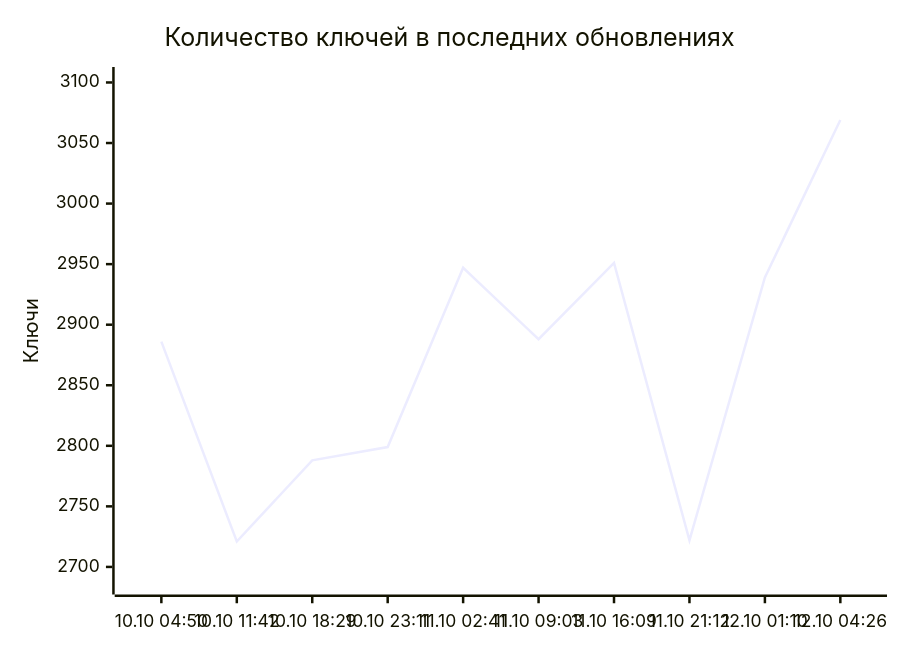
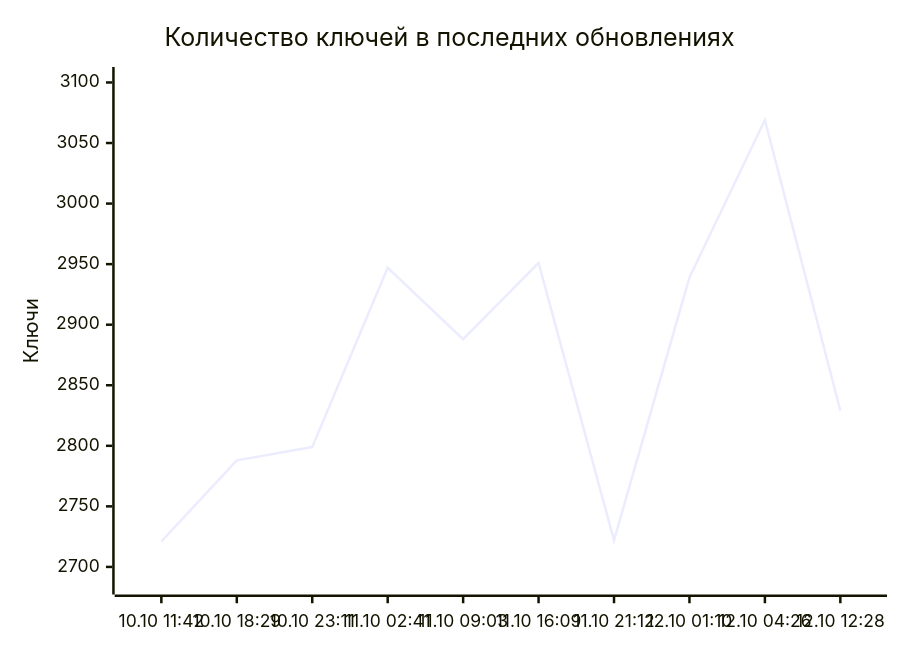
One commit to markKikhtenko/WireVeil changed the diagram in README.md. Above: the diagram before and after it, drawn with Mermaid. The commit also changed other lines of this file and 12 other files, not shown here.

````diff
--- a/README.md
+++ b/README.md
@@ -55,7 +55,7 @@
 ```mermaid
 xychart-beta
     title "Количество ключей в последних обновлениях"
-    x-axis ["10.10 04:50", "10.10 11:42", "10.10 18:29", "10.10 23:11", "11.10 02:41", "11.10 09:03", "11.10 16:09", "11.10 21:12", "12.10 01:10", "12.10 04:26"]
+    x-axis ["10.10 11:42", "10.10 18:29", "10.10 23:11", "11.10 02:41", "11.10 09:03", "11.10 16:09", "11.10 21:12", "12.10 01:10", "12.10 04:26", "12.10 12:28"]
     y-axis "Ключи" 2686 --> 3104
-    line [2886, 2721, 2788, 2799, 2947, 2888, 2951, 2722, 2939, 3069]
+    line [2721, 2788, 2799, 2947, 2888, 2951, 2722, 2939, 3069, 2829]
 ```
````
